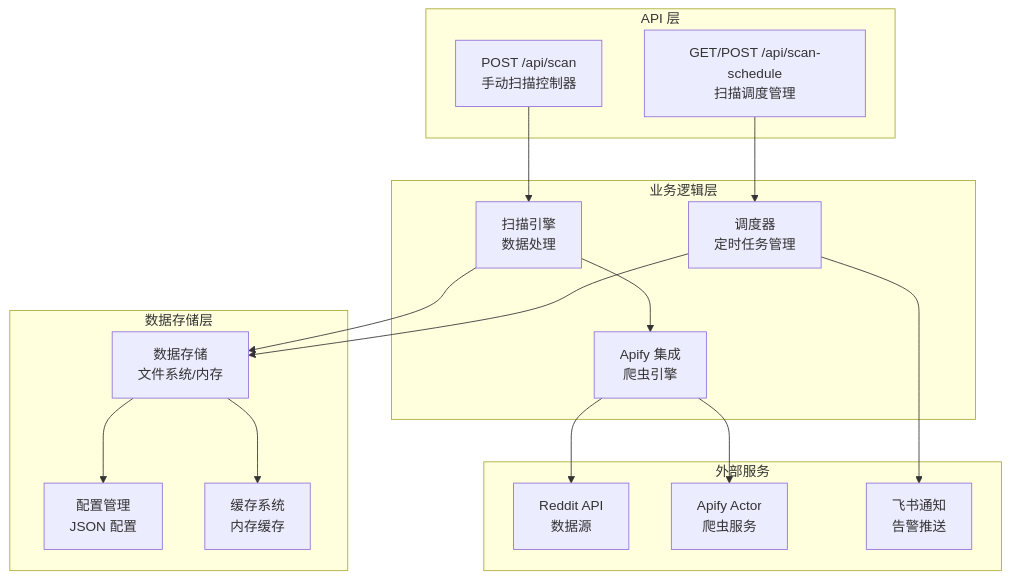
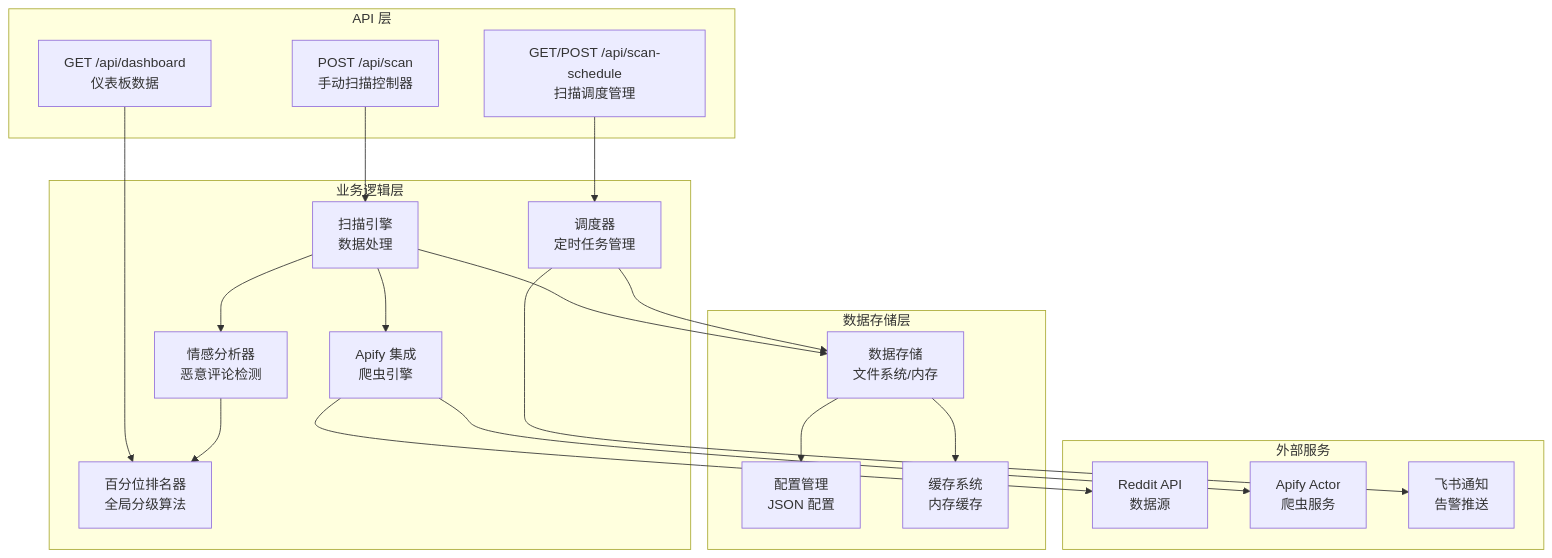
Before and after one commit to zezzezzez/reddit: the first of 12 diagrams in .qoder/repowiki/zh/content/API 接口文档/扫描控制 API.md, drawn with Mermaid. The commit also changed other lines of this file and 21 other files, not shown here.

````diff
--- a/.qoder/repowiki/zh/content/API 接口文档/扫描控制 API.md
+++ b/.qoder/repowiki/zh/content/API 接口文档/扫描控制 API.md
@@ -44,32 +48,38 @@
 ```mermaid
 graph TB
 subgraph "API 层"
 ScanRoute[POST /api/scan<br/>手动扫描控制器]
 ScheduleRoute[GET/POST /api/scan-schedule<br/>扫描调度管理]
+DashboardRoute[GET /api/dashboard<br/>仪表板数据]
 end
 subgraph "业务逻辑层"
 ScanEngine[扫描引擎<br/>数据处理]
 Scheduler[调度器<br/>定时任务管理]
 ApifyIntegration[Apify 集成<br/>爬虫引擎]
+SentimentAnalyzer[情感分析器<br/>恶意评论检测]
+PercentileRanker[百分位排名器<br/>全局分级算法]
 end
 subgraph "数据存储层"
 Store[数据存储<br/>文件系统/内存]
 Config[配置管理<br/>JSON 配置]
 Cache[缓存系统<br/>内存缓存]
 end
 subgraph "外部服务"
 Reddit[Reddit API<br/>数据源]
 Apify[Apify Actor<br/>爬虫服务]
 Feishu[飞书通知<br/>告警推送]
 end
 ScanRoute --> ScanEngine
 ScheduleRoute --> Scheduler
+DashboardRoute --> PercentileRanker
 ScanEngine --> ApifyIntegration
 ScanEngine --> Store
+ScanEngine --> SentimentAnalyzer
+SentimentAnalyzer --> PercentileRanker
 Scheduler --> Store
 ApifyIntegration --> Reddit
 ApifyIntegration --> Apify
 Store --> Config
 Store --> Cache
 Scheduler --> Feishu
 ```
````
